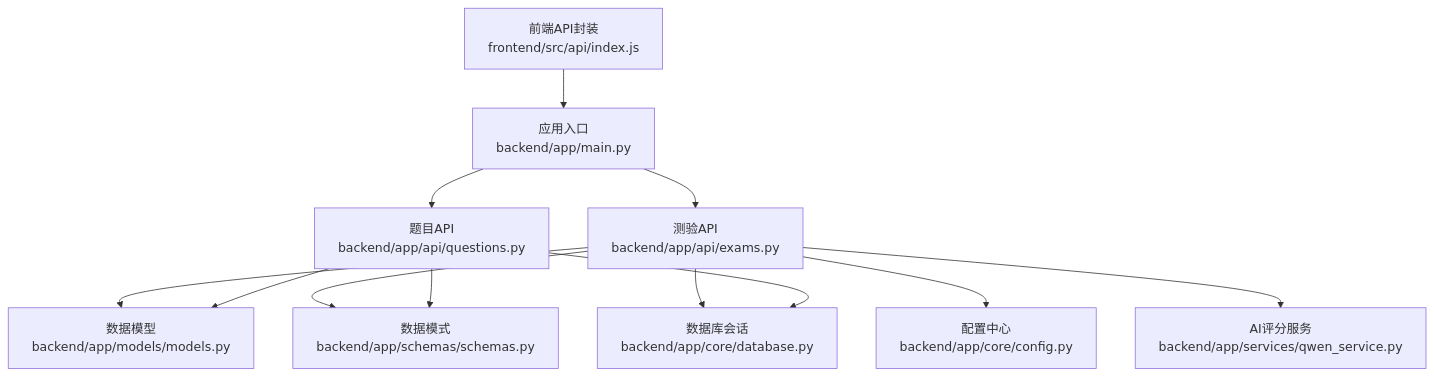
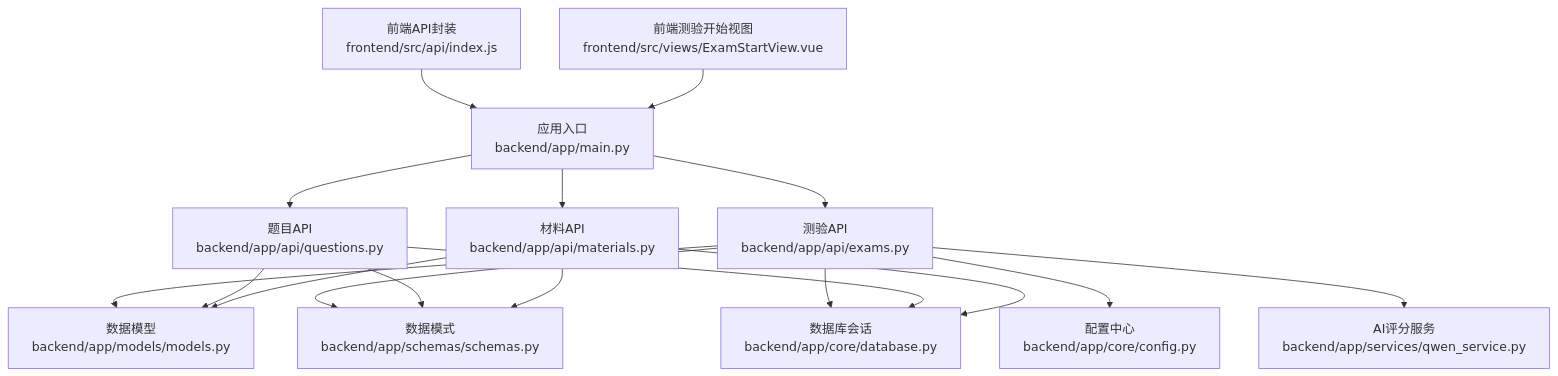
Before and after one commit to zhiwenli-jack/personal-learning-manager: the first of 11 diagrams in .qoder/repowiki/zh/content/后端API文档/测验系统API.md, drawn with Mermaid. The commit also changed other lines of this file and 6 other files, not shown here.

````diff
--- a/.qoder/repowiki/zh/content/后端API文档/测验系统API.md
+++ b/.qoder/repowiki/zh/content/后端API文档/测验系统API.md
@@ -52,14 +58,19 @@
 ```mermaid
 graph TB
 A["应用入口<br/>backend/app/main.py"] --> B["测验API<br/>backend/app/api/exams.py"]
 A --> C["题目API<br/>backend/app/api/questions.py"]
-B --> D["数据模型<br/>backend/app/models/models.py"]
-C --> D
-B --> E["数据模式<br/>backend/app/schemas/schemas.py"]
+A --> D["材料API<br/>backend/app/api/materials.py"]
+B --> E["数据模型<br/>backend/app/models/models.py"]
 C --> E
-B --> F["数据库会话<br/>backend/app/core/database.py"]
+D --> E
+B --> F["数据模式<br/>backend/app/schemas/schemas.py"]
 C --> F
-B --> G["配置中心<br/>backend/app/core/config.py"]
-B --> H["AI评分服务<br/>backend/app/services/qwen_service.py"]
-I["前端API封装<br/>frontend/src/api/index.js"] --> A
+D --> F
+B --> G["数据库会话<br/>backend/app/core/database.py"]
+C --> G
+D --> G
+B --> H["配置中心<br/>backend/app/core/config.py"]
+B --> I["AI评分服务<br/>backend/app/services/qwen_service.py"]
+J["前端API封装<br/>frontend/src/api/index.js"] --> A
+K["前端测验开始视图<br/>frontend/src/views/ExamStartView.vue"] --> A
 ```
````
